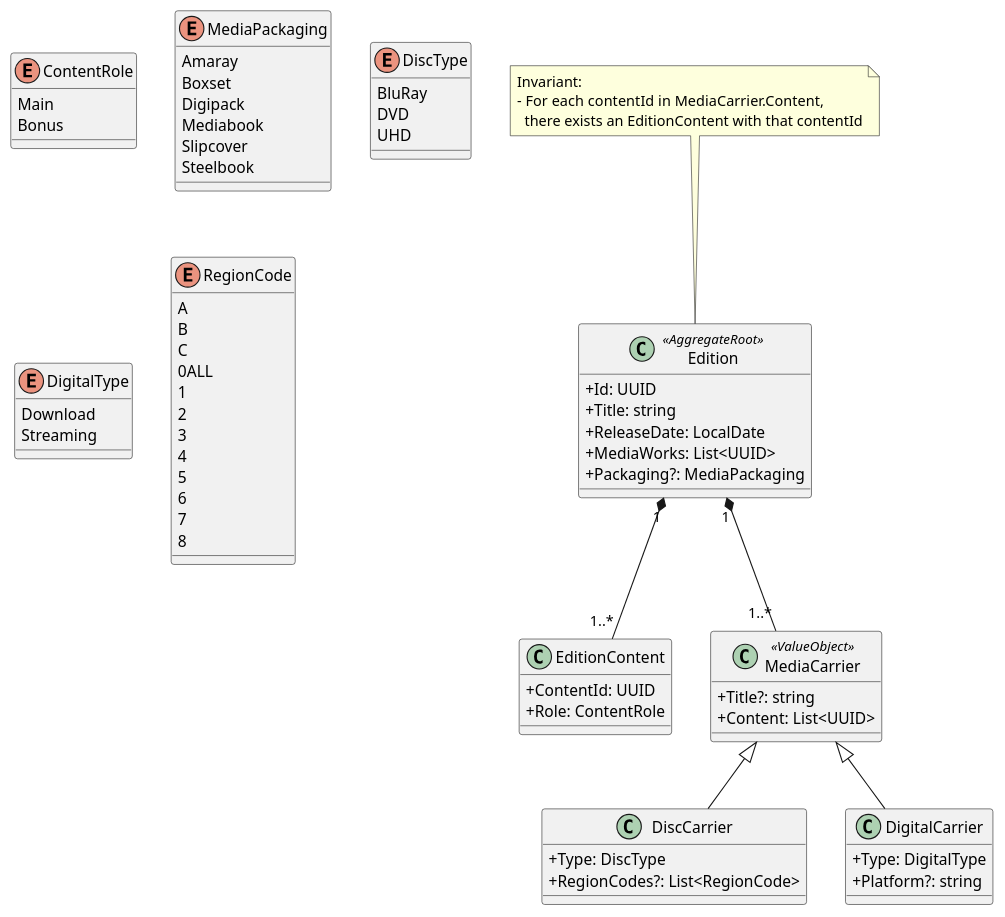
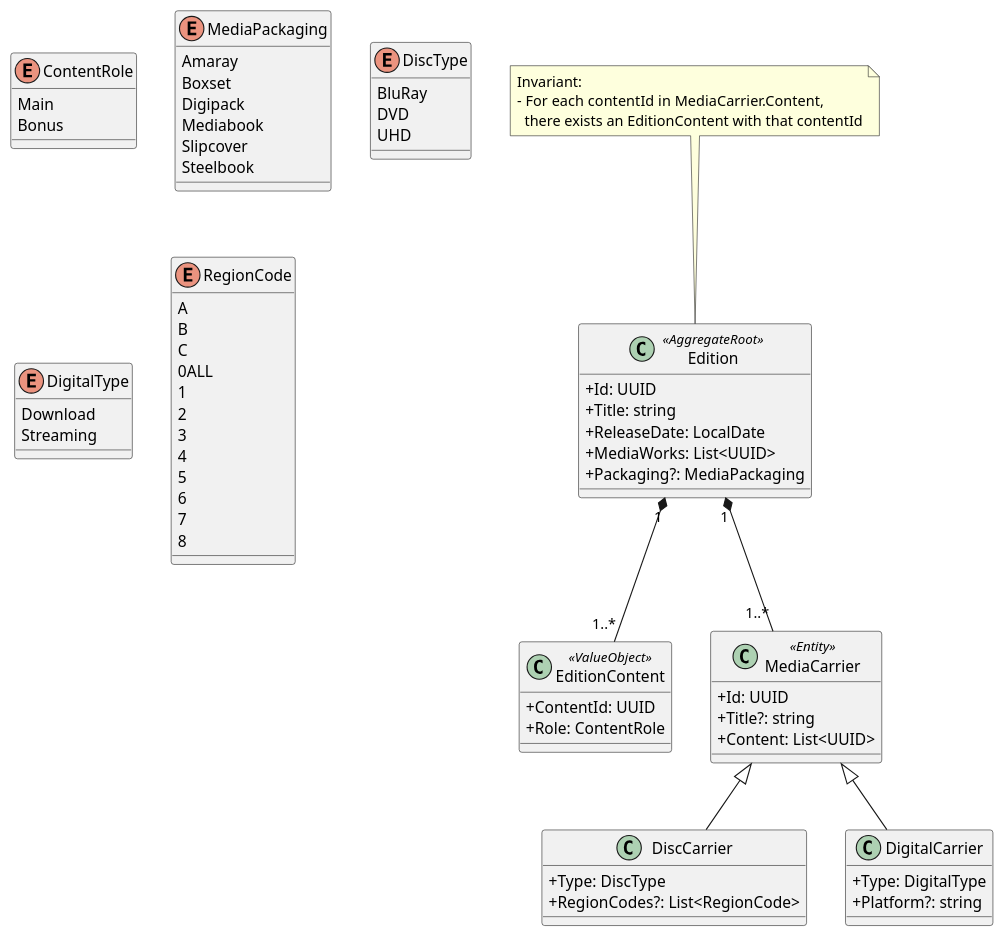
Before and after one commit to yantue/colleq: the diagram in docs/uml/domain/domain-edition.puml, drawn with PlantUML.

Commit message:
docs: Update MediaCarrier to have identity (Entity) and Add missing stereotypes

```diff
--- a/docs/uml/domain/domain-edition.puml
+++ b/docs/uml/domain/domain-edition.puml
@@ -1,86 +1,87 @@
 @startuml
 skinparam classAttributeIconSize 0
 
 class Edition <<AggregateRoot>> {
     +Id: UUID
     +Title: string
     +ReleaseDate: LocalDate
     +MediaWorks: List<UUID>
     +Packaging?: MediaPackaging
 }
 
 note top of Edition
 Invariant:
 - For each contentId in MediaCarrier.Content,
   there exists an EditionContent with that contentId
 end note
 
-class EditionContent {
+class EditionContent <<ValueObject>> {
     +ContentId: UUID
     +Role: ContentRole
 }
 
 Edition "1" *-- "1..*" EditionContent
 
 enum ContentRole {
     Main
     Bonus
 }
 
-class MediaCarrier <<ValueObject>> {
+class MediaCarrier <<Entity>> {
+    +Id: UUID
     +Title?: string
     +Content: List<UUID>
 }
 
 Edition "1" *-- "1..*" MediaCarrier
 
 class DiscCarrier {
     +Type: DiscType
     +RegionCodes?: List<RegionCode>
 }
 
 MediaCarrier <|-- DiscCarrier
 
 class DigitalCarrier {
     +Type: DigitalType
     +Platform?: string
 }
 
 MediaCarrier <|-- DigitalCarrier
 
 enum MediaPackaging {
     Amaray
     Boxset
     Digipack
     Mediabook
     Slipcover
     Steelbook
 }
 
 enum DiscType {
     BluRay
     DVD
     UHD
 }
 
 enum DigitalType {
     Download
     Streaming
 }
 
 enum RegionCode {
     A
     B
     C
     0ALL
     1
     2
     3
     4
     5
     6
     7
     8
 }
 
 @enduml
```
